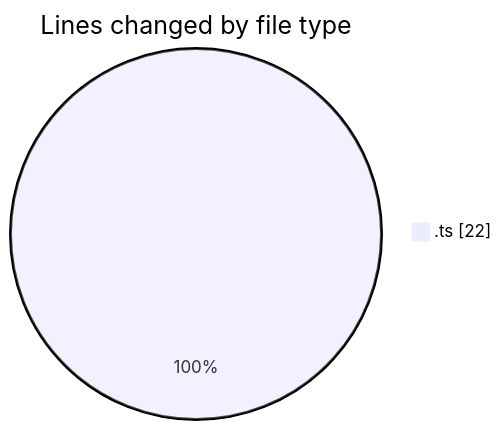
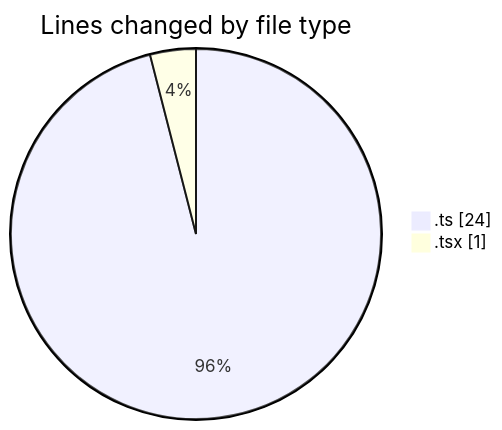
Before and after one commit to momahboobian/code-tracking: the first of 2 diagrams in 2026-09-09/cda/README.md, drawn with Mermaid. The commit also changed other lines of this file and 1 other file, not shown here.

````diff
--- a/2026-09-09/cda/README.md
+++ b/2026-09-09/cda/README.md
@@ -20,5 +21,6 @@
 ```mermaid
 pie showData
 title Lines changed by file type
-".ts" : 22
+".ts" : 24
+".tsx" : 1
 ```
````
